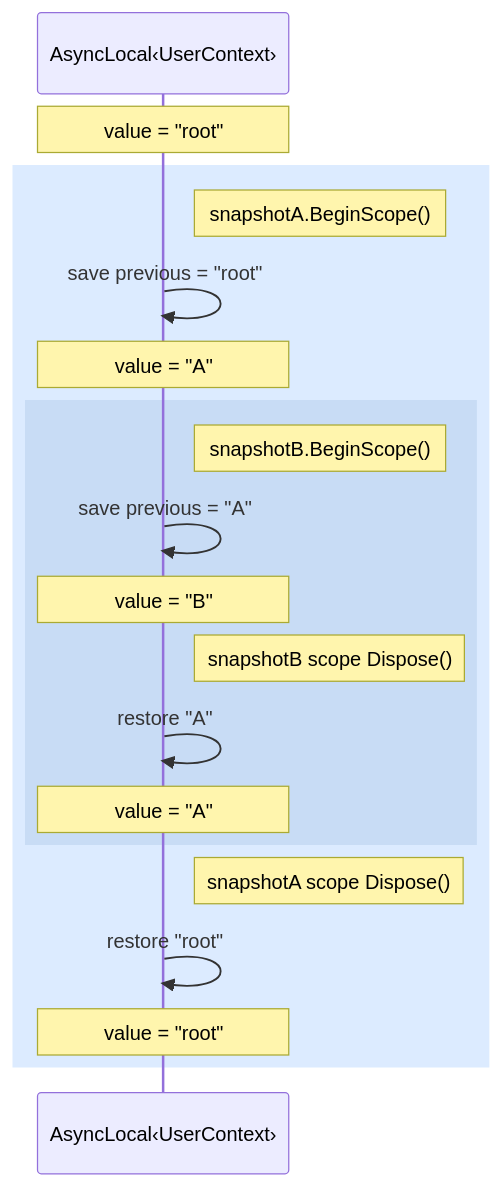
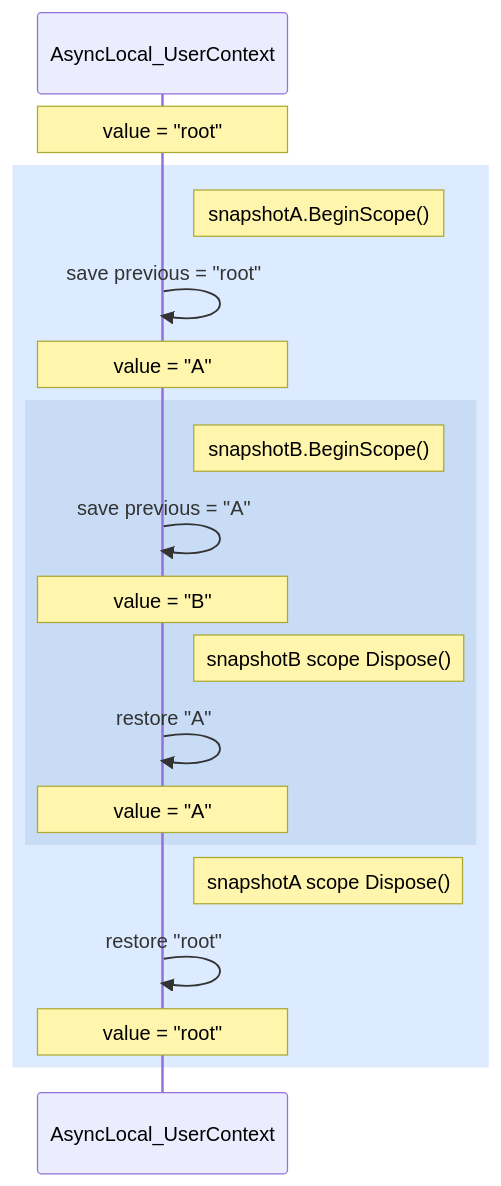
The second of 8 diagrams in docs/ARCHITECTURE.md (arttonoyan/ContextR), drawn with Mermaid before and after one commit. The commit also changed other lines of this file and 1 other file, not shown here.

First line of the commit message:
Improve Mermaid rendering and update diagram syntax

````diff
--- a/docs/ARCHITECTURE.md
+++ b/docs/ARCHITECTURE.md
@@ -165,26 +165,26 @@
 ```mermaid
 sequenceDiagram
-    participant AL as AsyncLocal‹UserContext›
+    participant AL as AsyncLocal_UserContext
 
     Note over AL: value = "root"
 
     rect rgb(220, 235, 255)
         Note right of AL: snapshotA.BeginScope()
         AL->>AL: save previous = "root"
         Note over AL: value = "A"
 
         rect rgb(200, 220, 245)
             Note right of AL: snapshotB.BeginScope()
             AL->>AL: save previous = "A"
             Note over AL: value = "B"
 
             Note right of AL: snapshotB scope Dispose()
             AL->>AL: restore "A"
             Note over AL: value = "A"
         end
 
         Note right of AL: snapshotA scope Dispose()
         AL->>AL: restore "root"
         Note over AL: value = "root"
     end
 ```
````
